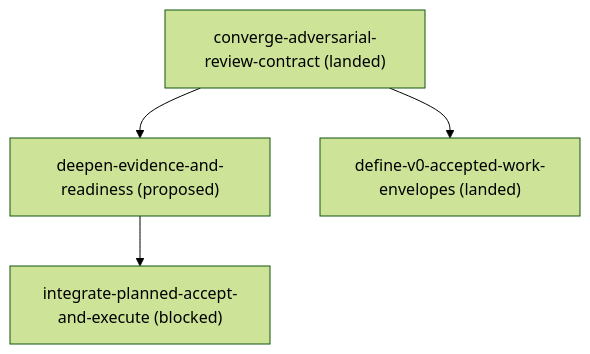
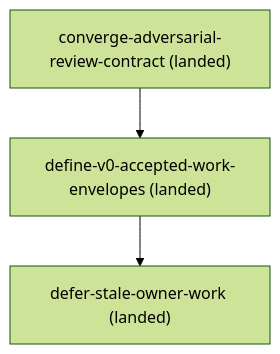
The diagram in docs/roadmap.md (kli66/reviewed-change-orchestration), drawn with Mermaid (forest theme) before and after one commit. The commit also changed other lines of this file and 5 other files, not shown here.

````diff
--- a/docs/roadmap.md
+++ b/docs/roadmap.md
@@ -17,10 +17,8 @@
 ```mermaid
 flowchart TD
     converge_adversarial_review_contract["converge-adversarial-review-contract (landed)"]
-    deepen_evidence_and_readiness["deepen-evidence-and-readiness (proposed)"]
+    defer_stale_owner_work["defer-stale-owner-work (landed)"]
     define_v0_accepted_work_envelopes["define-v0-accepted-work-envelopes (landed)"]
-    integrate_planned_accept_and_execute["integrate-planned-accept-and-execute (blocked)"]
-    converge_adversarial_review_contract --> deepen_evidence_and_readiness
     converge_adversarial_review_contract --> define_v0_accepted_work_envelopes
-    deepen_evidence_and_readiness --> integrate_planned_accept_and_execute
+    define_v0_accepted_work_envelopes --> defer_stale_owner_work
 ```
````
